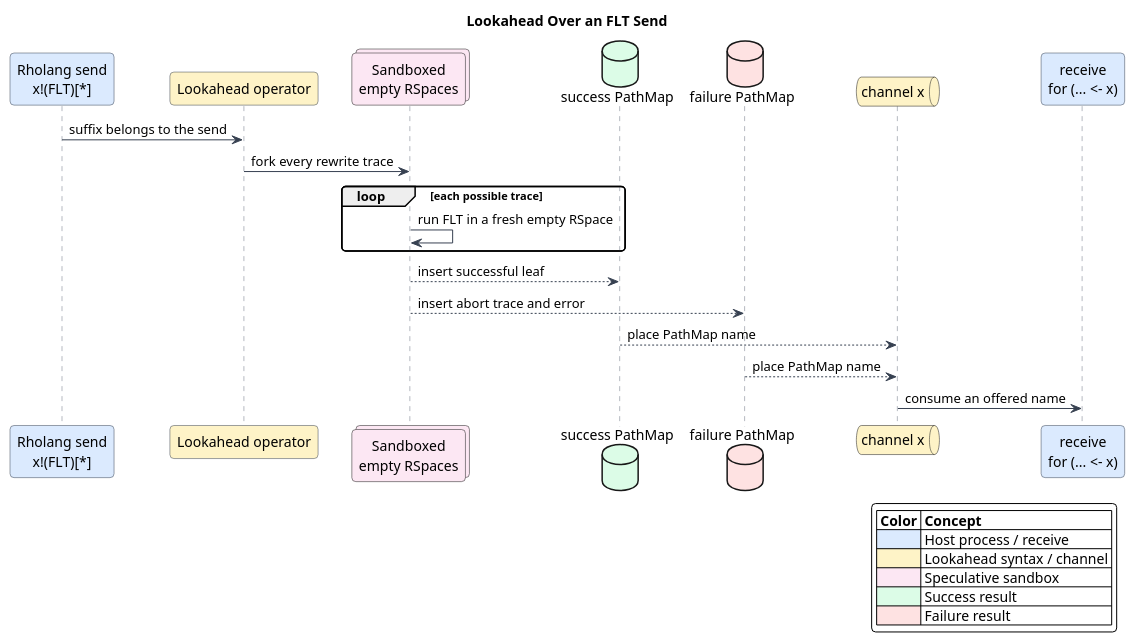
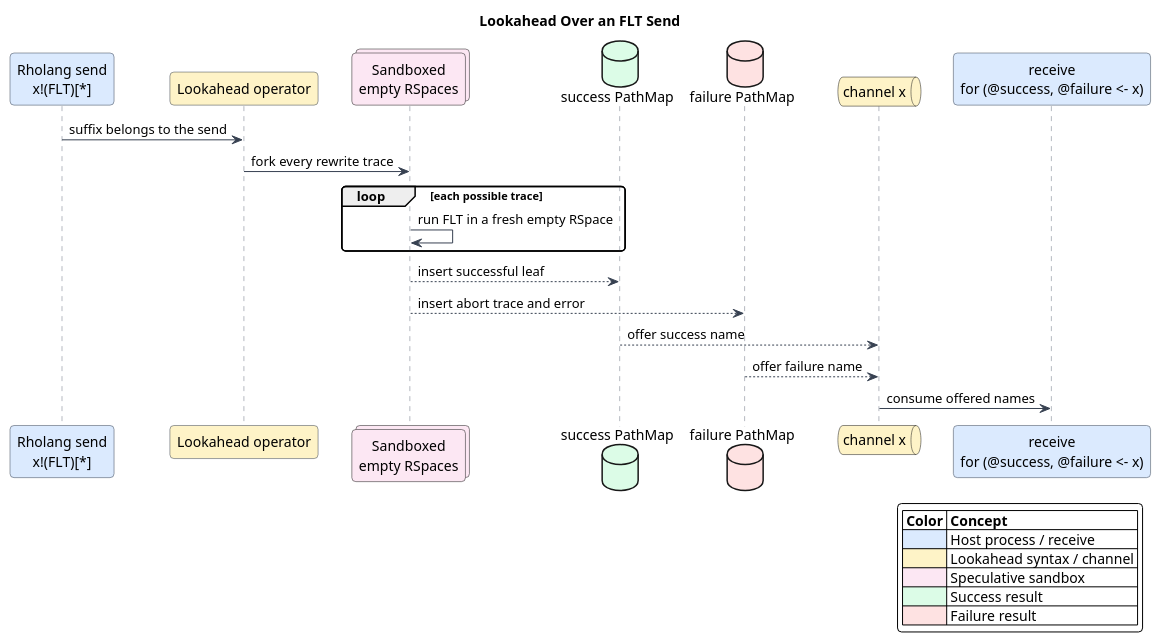
The diagram in under-review/2026-06-26-Foreign-Language-Terms/diagrams/03-lookahead-sandbox.puml (F1R3FLY-io/FIPS), drawn with PlantUML before and after one commit. The commit also changed 12 other files, not shown here.

```diff
--- a/under-review/2026-06-26-Foreign-Language-Terms/diagrams/03-lookahead-sandbox.puml
+++ b/under-review/2026-06-26-Foreign-Language-Terms/diagrams/03-lookahead-sandbox.puml
@@ -1,40 +1,40 @@
 @startuml
 title Lookahead Over an FLT Send
 skinparam backgroundColor #FFFFFF
 skinparam shadowing false
 skinparam roundcorner 8
 skinparam sequence {
   ArrowColor #374151
   LifeLineBorderColor #6B7280
   LifeLineBackgroundColor #F9FAFB
   ParticipantBorderColor #374151
 }
 
 participant "Rholang send\nx!(FLT)[*]" as Send #DBEAFE
 participant "Lookahead operator" as Lookahead #FEF3C7
 collections "Sandboxed\nempty RSpaces" as Spaces #FCE7F3
 database "success PathMap" as Success #DCFCE7
 database "failure PathMap" as Failure #FEE2E2
 queue "channel x" as X #FEF3C7
-participant "receive\nfor (... <- x)" as Receive #DBEAFE
+participant "receive\nfor (@success, @failure <- x)" as Receive #DBEAFE
 
 Send -> Lookahead : suffix belongs to the send
 Lookahead -> Spaces : fork every rewrite trace
 loop each possible trace
   Spaces -> Spaces : run FLT in a fresh empty RSpace
 end
 Spaces --> Success : insert successful leaf
 Spaces --> Failure : insert abort trace and error
-Success --> X : place PathMap name
-Failure --> X : place PathMap name
-X -> Receive : consume an offered name
+Success --> X : offer success name
+Failure --> X : offer failure name
+X -> Receive : consume offered names
 
 legend right
   |= Color |= Concept |
   |<#DBEAFE> | Host process / receive |
   |<#FEF3C7> | Lookahead syntax / channel |
   |<#FCE7F3> | Speculative sandbox |
   |<#DCFCE7> | Success result |
   |<#FEE2E2> | Failure result |
 endlegend
 @enduml
```
